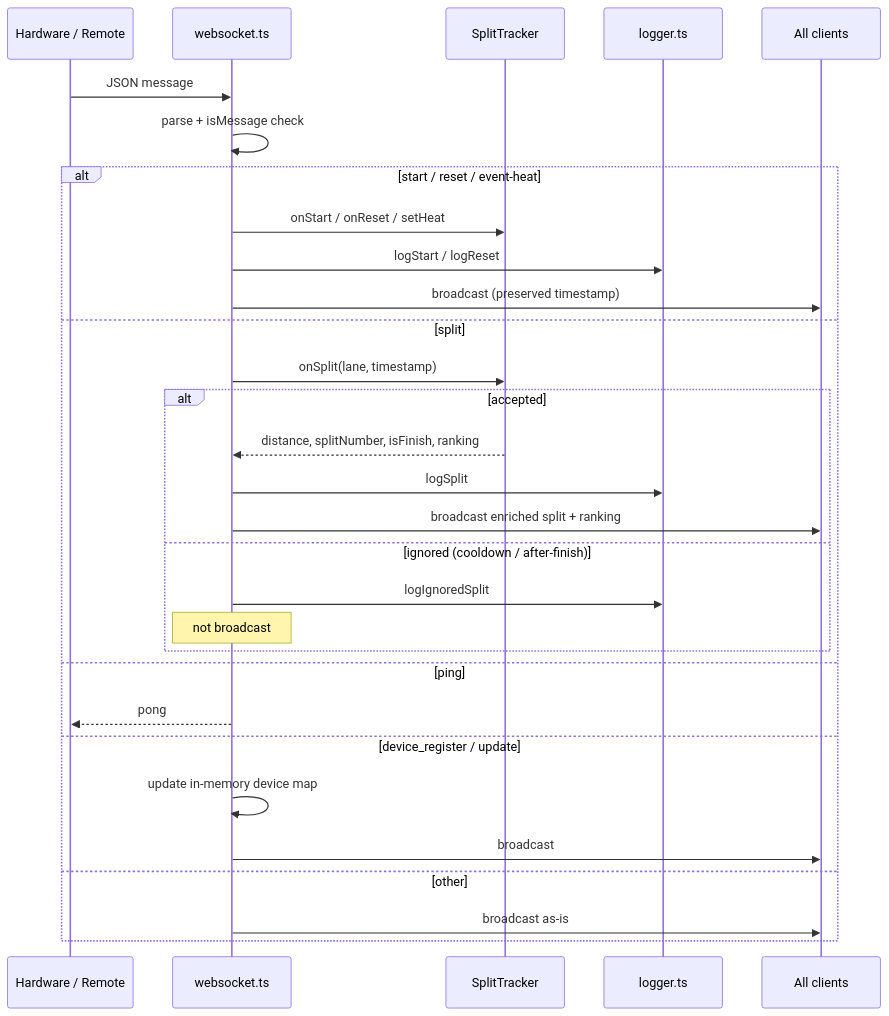
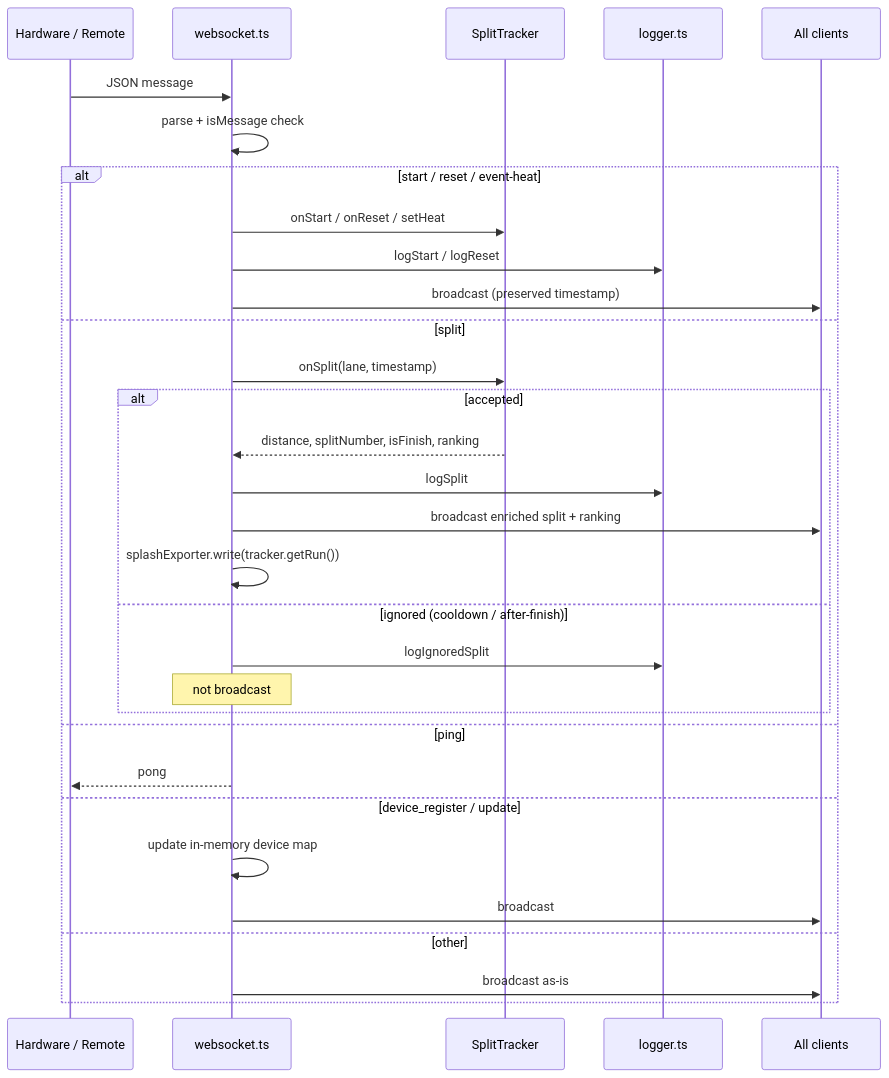
Before and after one commit to spelbreker/ws-swim-stopwatch: the fourth of 6 diagrams in docs/architecture.md, drawn with Mermaid. The commit also changed other lines of this file and 20 other files, not shown here.

First line of the commit message:
refactor(export): derive Splash export from SplitTracker run state

````diff
--- a/docs/architecture.md
+++ b/docs/architecture.md
@@ -165,33 +165,34 @@
 ```mermaid
 sequenceDiagram
     participant Device as Hardware / Remote
     participant WS as websocket.ts
     participant Tracker as SplitTracker
     participant Logger as logger.ts
     participant Clients as All clients
 
     Device->>WS: JSON message
     WS->>WS: parse + isMessage check
     alt start / reset / event-heat
         WS->>Tracker: onStart / onReset / setHeat
         WS->>Logger: logStart / logReset
         WS->>Clients: broadcast (preserved timestamp)
     else split
         WS->>Tracker: onSplit(lane, timestamp)
         alt accepted
             Tracker-->>WS: distance, splitNumber, isFinish, ranking
             WS->>Logger: logSplit
             WS->>Clients: broadcast enriched split + ranking
+            WS->>WS: splashExporter.write(tracker.getRun())
         else ignored (cooldown / after-finish)
             WS->>Logger: logIgnoredSplit
             Note over WS: not broadcast
         end
     else ping
         WS-->>Device: pong
     else device_register / update
         WS->>WS: update in-memory device map
         WS->>Clients: broadcast
     else other
         WS->>Clients: broadcast as-is
     end
 ```
````
